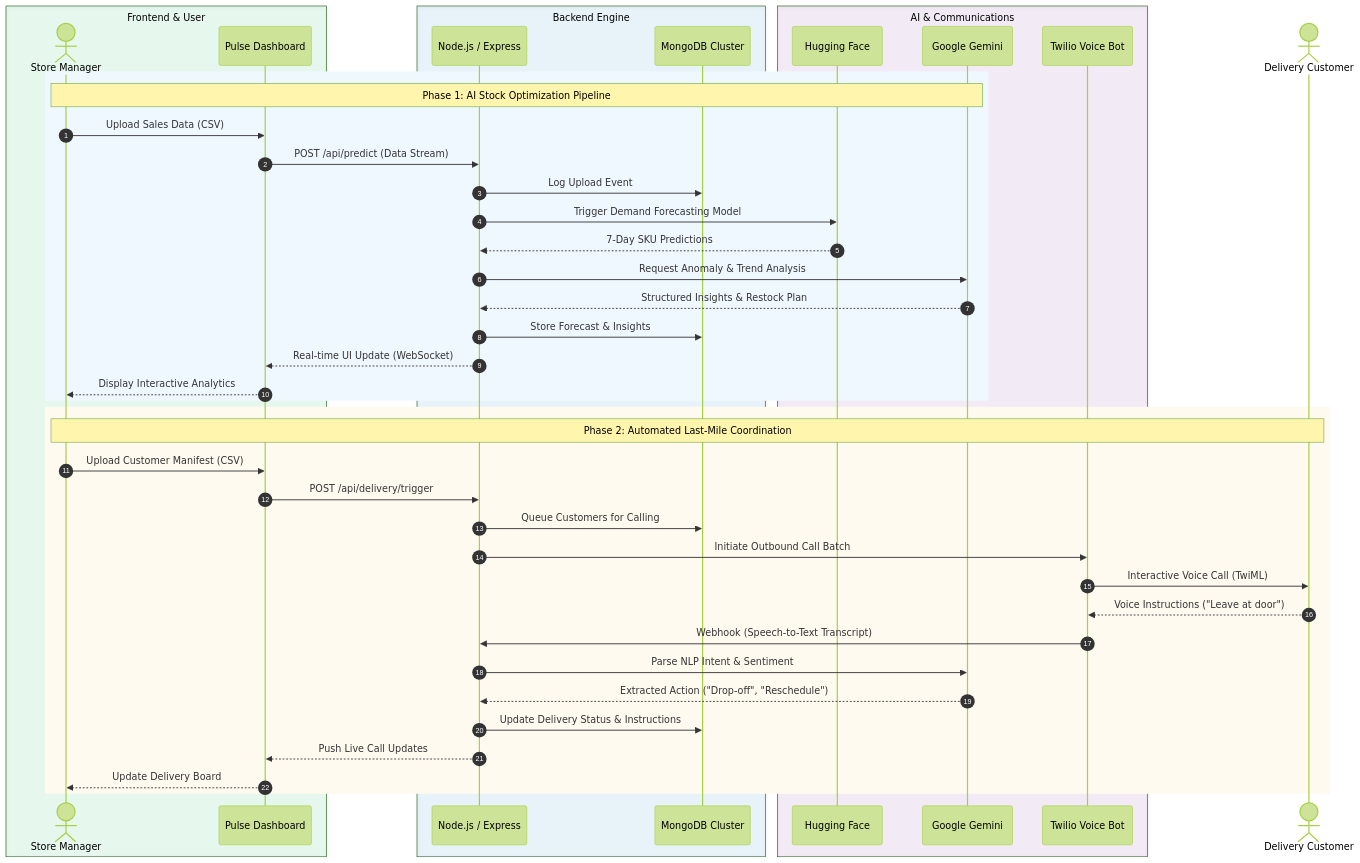
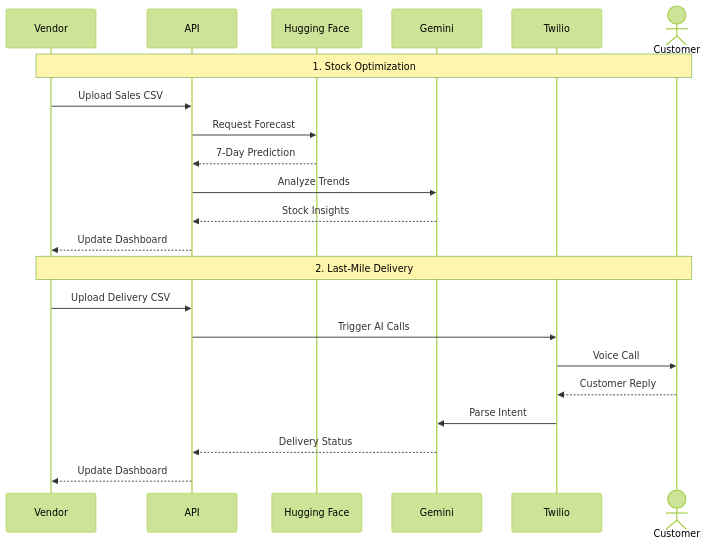
Before and after one commit to Officialanuj01/google_solution_challenge_2026: the first of 2 diagrams in README.md, drawn with Mermaid (forest theme). The commit also changed other lines of this file, not shown here.

Commit message:
Simplify Mermaid diagrams for better layout

````diff
--- a/README.md
+++ b/README.md
@@ -44,50 +44,26 @@
 ```mermaid
 sequenceDiagram
-    autonumber
-    box rgba(46, 204, 113, 0.1) Frontend & User
-        actor Vendor as Store Manager
-        participant React as Pulse Dashboard
-    end
-    box rgba(52, 152, 219, 0.1) Backend Engine
-        participant API as Node.js / Express
-        participant DB as MongoDB Cluster
-    end
-    box rgba(155, 89, 182, 0.1) AI & Communications
-        participant HF as Hugging Face
-        participant Gemini as Google Gemini
-        participant Twilio as Twilio Voice Bot
-    end
-    actor Customer as Delivery Customer
+    participant U as Vendor
+    participant A as API
+    participant H as Hugging Face
+    participant G as Gemini
+    participant T as Twilio
+    actor C as Customer
 
-    %% --- Stock Optimization Flow ---
-    rect rgb(240, 248, 255)
-    Note over Vendor, Gemini: Phase 1: AI Stock Optimization Pipeline
-    Vendor->>React: Upload Sales Data (CSV)
-    React->>API: POST /api/predict (Data Stream)
-    API->>DB: Log Upload Event
-    API->>HF: Trigger Demand Forecasting Model
-    HF-->>API: 7-Day SKU Predictions
-    API->>Gemini: Request Anomaly & Trend Analysis
-    Gemini-->>API: Structured Insights & Restock Plan
-    API->>DB: Store Forecast & Insights
-    API-->>React: Real-time UI Update (WebSocket)
-    React-->>Vendor: Display Interactive Analytics
-    end
+    Note over U, C: 1. Stock Optimization
+    U->>A: Upload Sales CSV
+    A->>H: Request Forecast
+    H-->>A: 7-Day Prediction
+    A->>G: Analyze Trends
+    G-->>A: Stock Insights
+    A-->>U: Update Dashboard
 
-    %% --- Automated Delivery Flow ---
-    rect rgb(255, 250, 240)
-    Note over Vendor, Customer: Phase 2: Automated Last-Mile Coordination
-    Vendor->>React: Upload Customer Manifest (CSV)
-    React->>API: POST /api/delivery/trigger
-    API->>DB: Queue Customers for Calling
-    API->>Twilio: Initiate Outbound Call Batch
-    Twilio->>Customer: Interactive Voice Call (TwiML)
-    Customer-->>Twilio: Voice Instructions ("Leave at door")
-    Twilio->>API: Webhook (Speech-to-Text Transcript)
-    API->>Gemini: Parse NLP Intent & Sentiment
-    Gemini-->>API: Extracted Action ("Drop-off", "Reschedule")
-    API->>DB: Update Delivery Status & Instructions
-    API-->>React: Push Live Call Updates
-    React-->>Vendor: Update Delivery Board
-    end
+    Note over U, C: 2. Last-Mile Delivery
+    U->>A: Upload Delivery CSV
+    A->>T: Trigger AI Calls
+    T->>C: Voice Call
+    C-->>T: Customer Reply
+    T->>G: Parse Intent
+    G-->>A: Delivery Status
+    A-->>U: Update Dashboard
 ```
````
